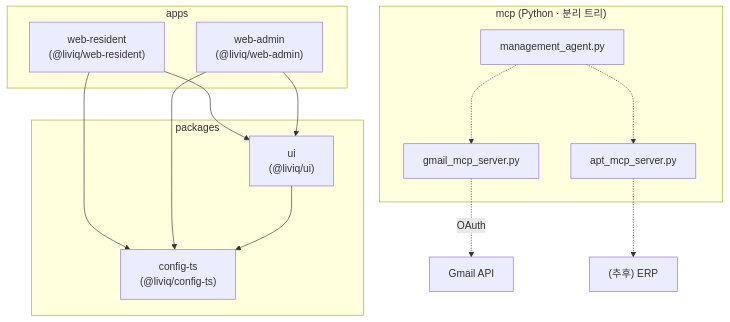
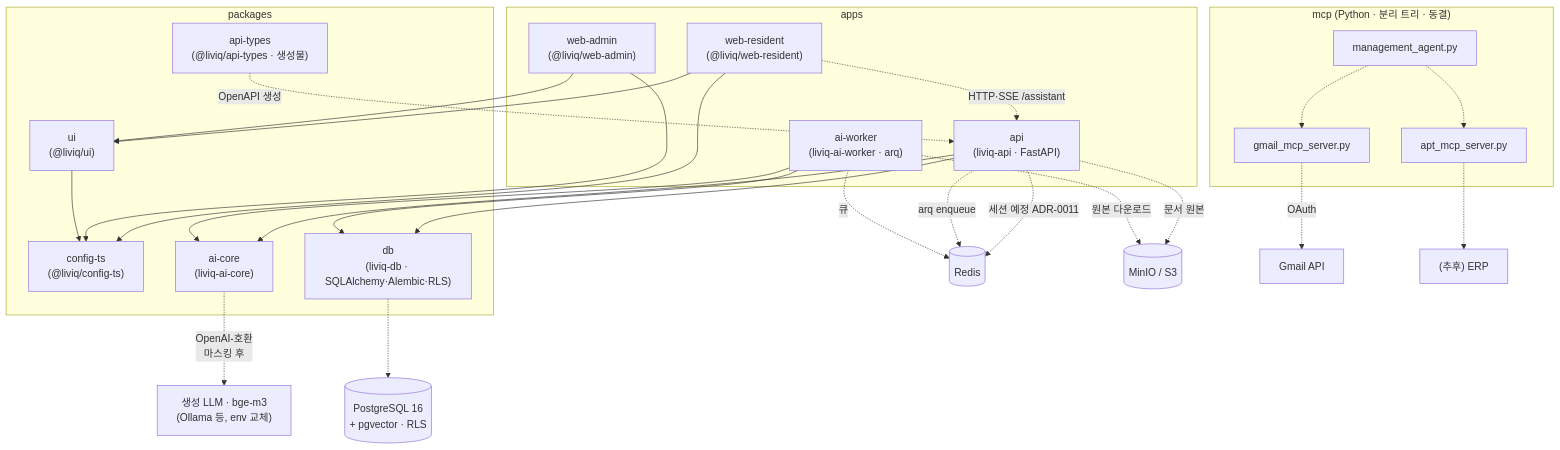
Before and after one commit to romis9724/LIVIQ: the diagram in ARCHITECTURE.md, drawn with Mermaid. The commit also changed other lines of this file and 124 other files, not shown here.

````diff
--- a/ARCHITECTURE.md
+++ b/ARCHITECTURE.md
@@ -13,27 +13,45 @@
 ```mermaid
 graph TD
   subgraph apps
     R["web-resident<br/>(@liviq/web-resident)"]
     A["web-admin<br/>(@liviq/web-admin)"]
+    API["api<br/>(liviq-api · FastAPI)"]
+    W["ai-worker<br/>(liviq-ai-worker · arq)"]
   end
   subgraph packages
     UI["ui<br/>(@liviq/ui)"]
     CFG["config-ts<br/>(@liviq/config-ts)"]
+    APIT["api-types<br/>(@liviq/api-types · 생성물)"]
+    AIC["ai-core<br/>(liviq-ai-core)"]
+    DB["db<br/>(liviq-db · SQLAlchemy·Alembic·RLS)"]
   end
-  subgraph python["mcp (Python · 분리 트리)"]
+  subgraph python["mcp (Python · 분리 트리 · 동결)"]
     MA["management_agent.py"]
     GM["gmail_mcp_server.py"]
     APT["apt_mcp_server.py"]
   end
 
   R --> UI
   A --> UI
   R --> CFG
   A --> CFG
   UI --> CFG
+  R -.->|HTTP·SSE /assistant| API
+  APIT -.->|OpenAPI 생성| API
+  API --> AIC
+  API --> DB
+  W --> AIC
+  W --> DB
+  DB -.-> PG[("PostgreSQL 16<br/>+ pgvector · RLS")]
+  API -.->|세션 예정 ADR-0011| REDIS[("Redis")]
+  API -.->|arq enqueue| REDIS
+  W -.->|큐| REDIS
+  API -.->|문서 원본| S3[("MinIO / S3")]
+  W -.->|원본 다운로드| S3
+  AIC -.->|OpenAI-호환<br/>마스킹 후| LLM["생성 LLM · bge-m3<br/>(Ollama 등, env 교체)"]
 
   MA -.-> GM
   MA -.-> APT
   GM -.->|OAuth| EXT["Gmail API"]
   APT -.-> ERP["(추후) ERP"]
 ```
````
